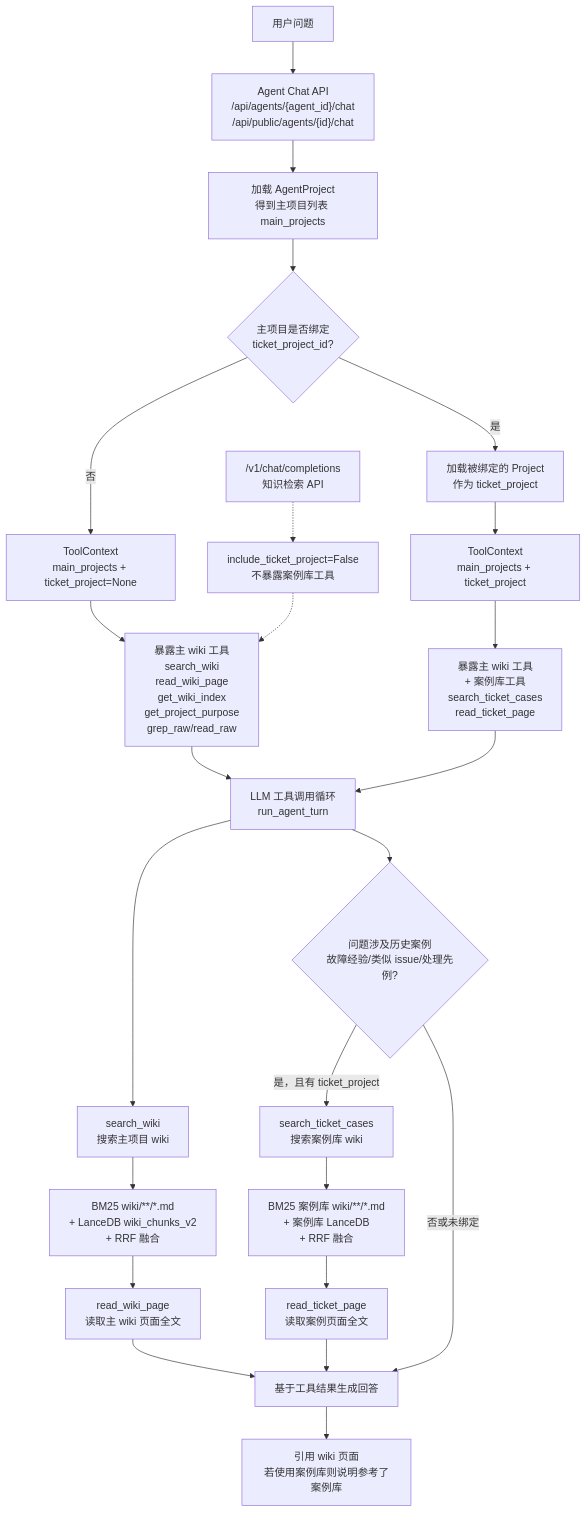
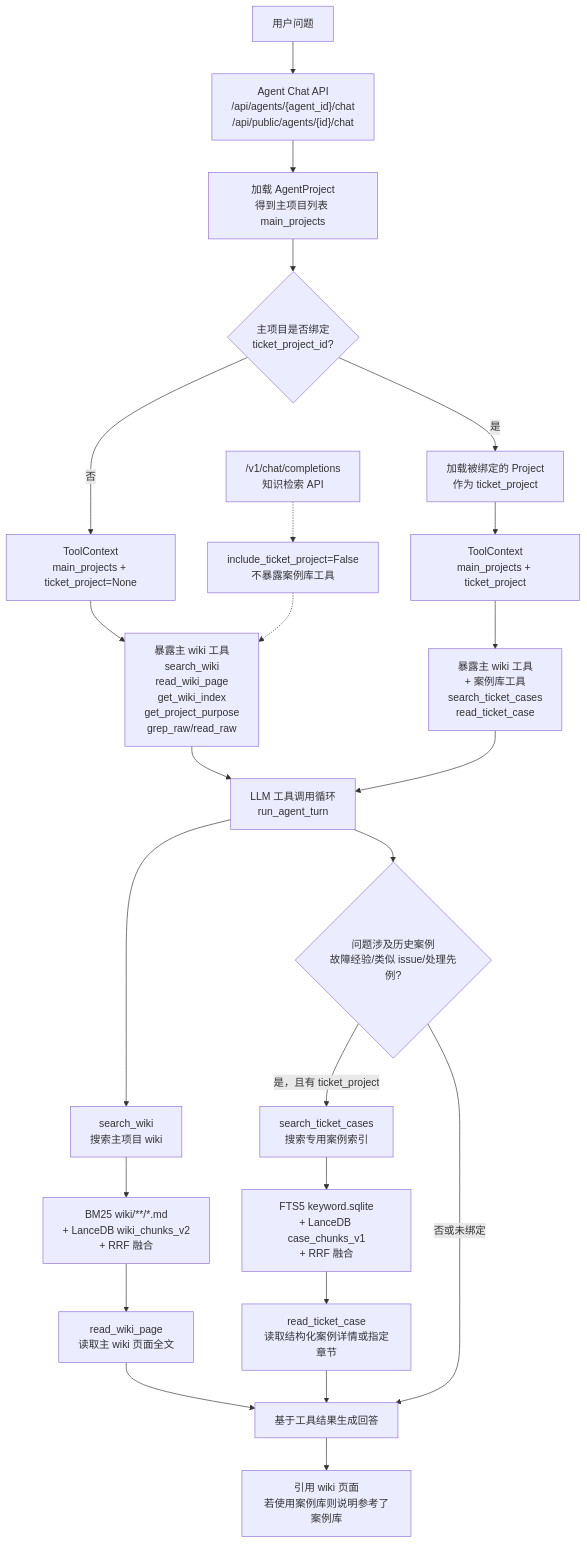
Before and after one commit to Ken-u/llm-wiki-engine: the diagram in README.md, drawn with Mermaid. The commit also changed other lines of this file and 8 other files, not shown here.

````diff
--- a/README.md
+++ b/README.md
@@ -293,33 +316,33 @@
 ```mermaid
 flowchart TD
     User["用户问题"] --> AgentAPI["Agent Chat API<br/>/api/agents/{agent_id}/chat<br/>/api/public/agents/{id}/chat"]
     AgentAPI --> LoadMain["加载 AgentProject<br/>得到主项目列表 main_projects"]
     LoadMain --> FindTicket{"主项目是否绑定<br/>ticket_project_id?"}
 
     FindTicket -- "否" --> MainOnly["ToolContext<br/>main_projects + ticket_project=None"]
     FindTicket -- "是" --> LoadTicket["加载被绑定的 Project<br/>作为 ticket_project"]
     LoadTicket --> WithTicket["ToolContext<br/>main_projects + ticket_project"]
 
     MainOnly --> ToolDefsMain["暴露主 wiki 工具<br/>search_wiki<br/>read_wiki_page<br/>get_wiki_index<br/>get_project_purpose<br/>grep_raw/read_raw"]
-    WithTicket --> ToolDefsAll["暴露主 wiki 工具<br/>+ 案例库工具<br/>search_ticket_cases<br/>read_ticket_page"]
+    WithTicket --> ToolDefsAll["暴露主 wiki 工具<br/>+ 案例库工具<br/>search_ticket_cases<br/>read_ticket_case"]
 
     ToolDefsMain --> LLM["LLM 工具调用循环<br/>run_agent_turn"]
     ToolDefsAll --> LLM
 
     LLM --> SearchWiki["search_wiki<br/>搜索主项目 wiki"]
     SearchWiki --> MainHybrid["BM25 wiki/**/*.md<br/>+ LanceDB wiki_chunks_v2<br/>+ RRF 融合"]
     MainHybrid --> ReadWiki["read_wiki_page<br/>读取主 wiki 页面全文"]
 
     LLM --> NeedCase{"问题涉及历史案例<br/>故障经验/类似 issue/处理先例?"}
-    NeedCase -- "是，且有 ticket_project" --> SearchTicket["search_ticket_cases<br/>搜索案例库 wiki"]
-    SearchTicket --> TicketHybrid["BM25 案例库 wiki/**/*.md<br/>+ 案例库 LanceDB<br/>+ RRF 融合"]
-    TicketHybrid --> ReadTicket["read_ticket_page<br/>读取案例页面全文"]
+    NeedCase -- "是，且有 ticket_project" --> SearchTicket["search_ticket_cases<br/>搜索专用案例索引"]
+    SearchTicket --> TicketHybrid["FTS5 keyword.sqlite<br/>+ LanceDB case_chunks_v1<br/>+ RRF 融合"]
+    TicketHybrid --> ReadTicket["read_ticket_case<br/>读取结构化案例详情或指定章节"]
     NeedCase -- "否或未绑定" --> Final
 
     ReadWiki --> Final["基于工具结果生成回答"]
     ReadTicket --> Final
     Final --> Cite["引用 wiki 页面<br/>若使用案例库则说明参考了案例库"]
 
     OpenAICompat["/v1/chat/completions<br/>知识检索 API"] -.-> NoTicket["include_ticket_project=False<br/>不暴露案例库工具"]
     NoTicket -.-> ToolDefsMain
 ```
````
